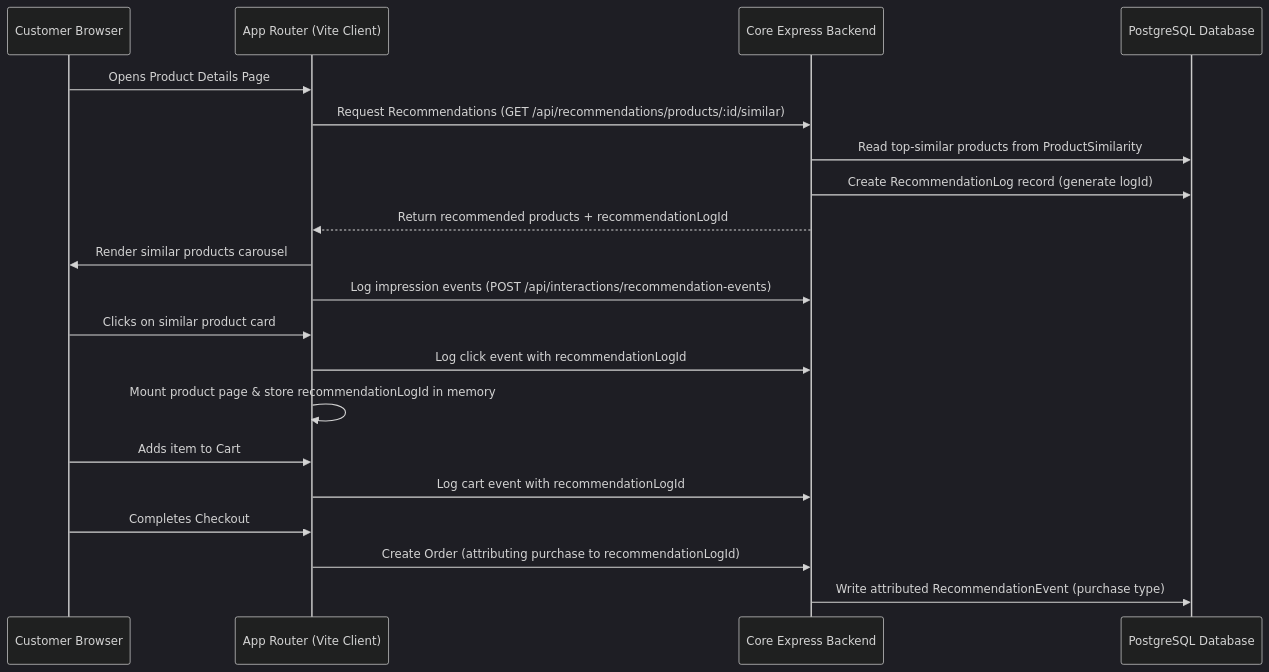
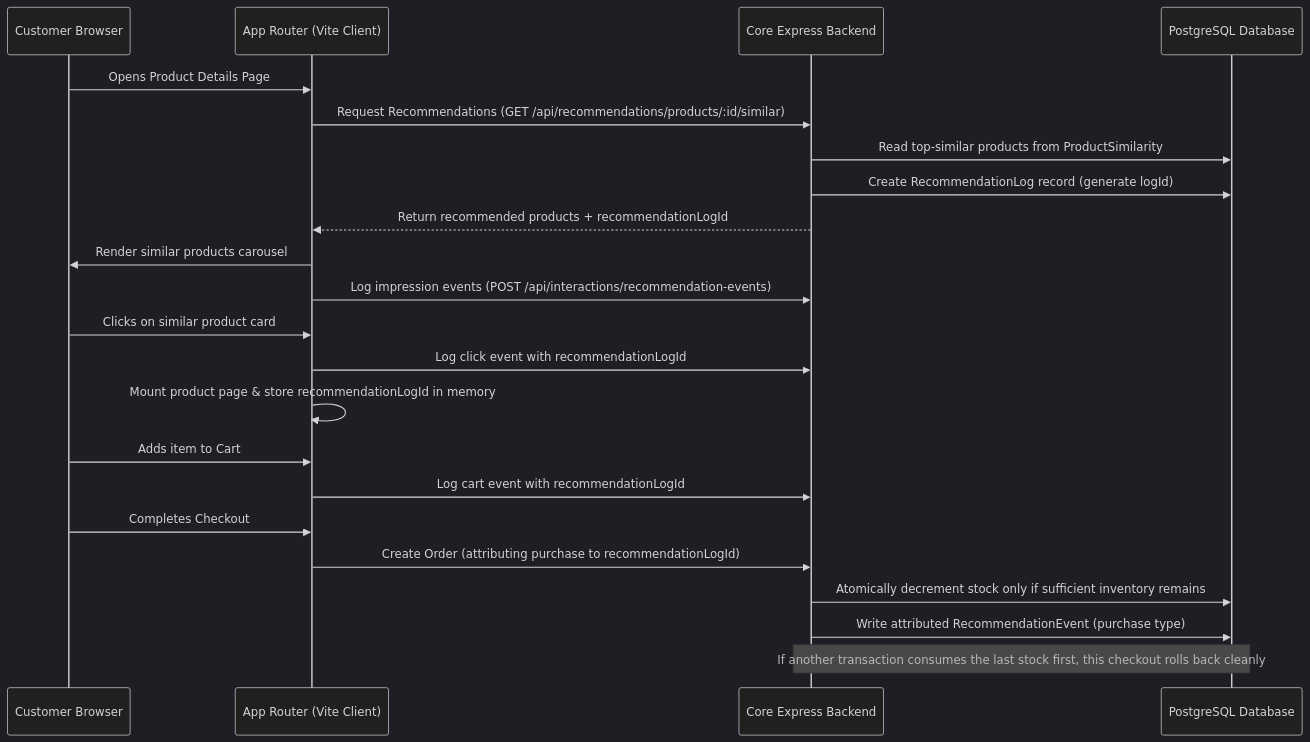
One commit to smufaiz22222/NexCart changed the second of 2 diagrams in docs/architecture.md. Above: the diagram before and after it, drawn with Mermaid (dark theme). The commit also changed other lines of this file and 60 other files, not shown here.

````diff
--- a/docs/architecture.md
+++ b/docs/architecture.md
@@ -100,26 +101,28 @@
 ```mermaid
 sequenceDiagram
   participant User as Customer Browser
   participant App as App Router (Vite Client)
   participant API as Core Express Backend
   participant DB as PostgreSQL Database
 
   User->>App: Opens Product Details Page
   App->>API: Request Recommendations (GET /api/recommendations/products/:id/similar)
   API->>DB: Read top-similar products from ProductSimilarity
   API->>DB: Create RecommendationLog record (generate logId)
   API-->>App: Return recommended products + recommendationLogId
   App->>User: Render similar products carousel
   App->>API: Log impression events (POST /api/interactions/recommendation-events)
 
   User->>App: Clicks on similar product card
   App->>API: Log click event with recommendationLogId
   App->>App: Mount product page & store recommendationLogId in memory
 
   User->>App: Adds item to Cart
   App->>API: Log cart event with recommendationLogId
 
   User->>App: Completes Checkout
   App->>API: Create Order (attributing purchase to recommendationLogId)
+  API->>DB: Atomically decrement stock only if sufficient inventory remains
   API->>DB: Write attributed RecommendationEvent (purchase type)
+  Note over API,DB: If another transaction consumes the last stock first, this checkout rolls back cleanly
 ```
````
